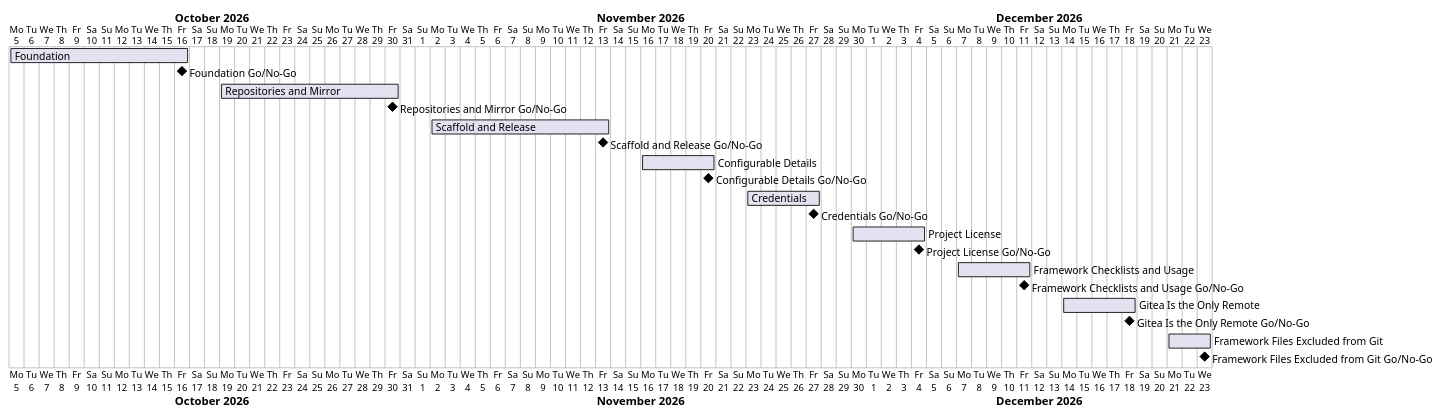
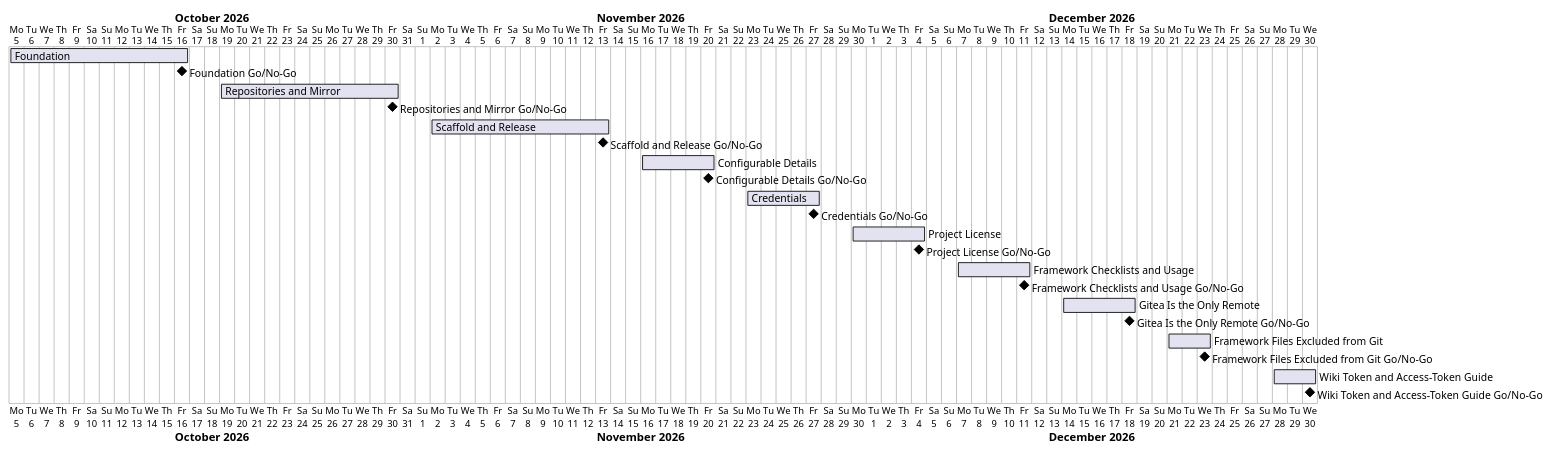
The diagram in docs/project-plan.md (TirSystem-BashScript/RepoFoundry), drawn with PlantUML before and after one commit. The commit also changed other lines of this file and 31 other files, not shown here.

First line of the commit message:
Accept TOKEN_FOR_GITEA_WIKI in .env and move the token howto to the wiki

````diff
--- a/docs/project-plan.md
+++ b/docs/project-plan.md
@@ -42,23 +43,25 @@
 ```plantuml
 @startgantt
 Project starts 2026-10-05
 [Foundation] starts 2026-10-05 and ends 2026-10-16
 [Foundation Go/No-Go] happens 2026-10-16
 [Repositories and Mirror] starts 2026-10-19 and ends 2026-10-30
 [Repositories and Mirror Go/No-Go] happens 2026-10-30
 [Scaffold and Release] starts 2026-11-02 and ends 2026-11-13
 [Scaffold and Release Go/No-Go] happens 2026-11-13
 [Configurable Details] starts 2026-11-16 and ends 2026-11-20
 [Configurable Details Go/No-Go] happens 2026-11-20
 [Credentials] starts 2026-11-23 and ends 2026-11-27
 [Credentials Go/No-Go] happens 2026-11-27
 [Project License] starts 2026-11-30 and ends 2026-12-04
 [Project License Go/No-Go] happens 2026-12-04
 [Framework Checklists and Usage] starts 2026-12-07 and ends 2026-12-11
 [Framework Checklists and Usage Go/No-Go] happens 2026-12-11
 [Gitea Is the Only Remote] starts 2026-12-14 and ends 2026-12-18
 [Gitea Is the Only Remote Go/No-Go] happens 2026-12-18
 [Framework Files Excluded from Git] starts 2026-12-21 and ends 2026-12-23
 [Framework Files Excluded from Git Go/No-Go] happens 2026-12-23
+[Wiki Token and Access-Token Guide] starts 2026-12-28 and ends 2026-12-30
+[Wiki Token and Access-Token Guide Go/No-Go] happens 2026-12-30
 @endgantt
 ```
````
